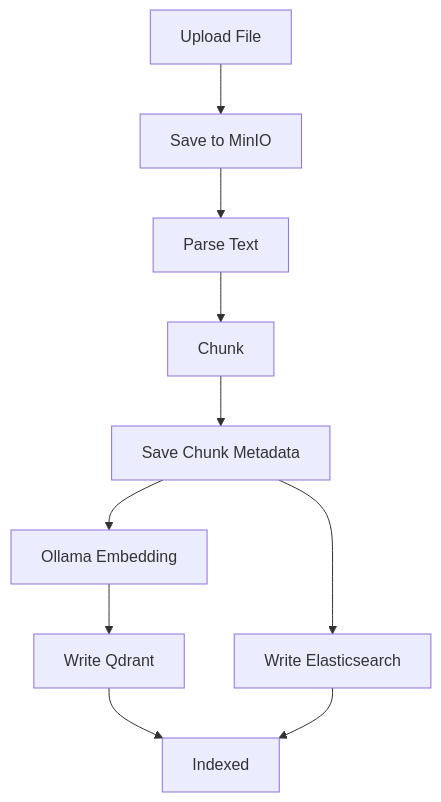
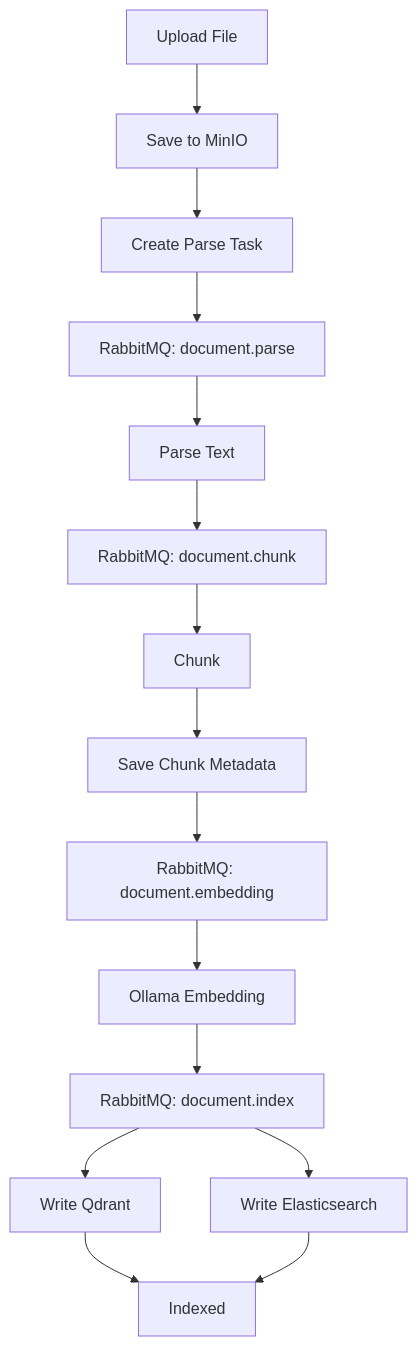
Before and after one commit to turmony/enterprise-agentic-rag-platform: the third of 3 diagrams in PROJECT_DESIGN.md, drawn with Mermaid. The commit also changed other lines of this file and 1 other file, not shown here.

Commit message:
docs: add RabbitMQ async task design

````diff
--- a/PROJECT_DESIGN.md
+++ b/PROJECT_DESIGN.md
@@ -331,12 +365,17 @@
 ```mermaid
 flowchart TD
     UP["Upload File"] --> M["Save to MinIO"]
-    M --> P["Parse Text"]
-    P --> C["Chunk"]
+    M --> T["Create Parse Task"]
+    T --> MQ1["RabbitMQ: document.parse"]
+    MQ1 --> P["Parse Text"]
+    P --> MQ2["RabbitMQ: document.chunk"]
+    MQ2 --> C["Chunk"]
     C --> DB["Save Chunk Metadata"]
-    DB --> E["Ollama Embedding"]
-    E --> Q["Write Qdrant"]
-    DB --> ES["Write Elasticsearch"]
+    DB --> MQ3["RabbitMQ: document.embedding"]
+    MQ3 --> E["Ollama Embedding"]
+    E --> MQ4["RabbitMQ: document.index"]
+    MQ4 --> Q["Write Qdrant"]
+    MQ4 --> ES["Write Elasticsearch"]
     Q --> OK["Indexed"]
     ES --> OK
 ```
````
